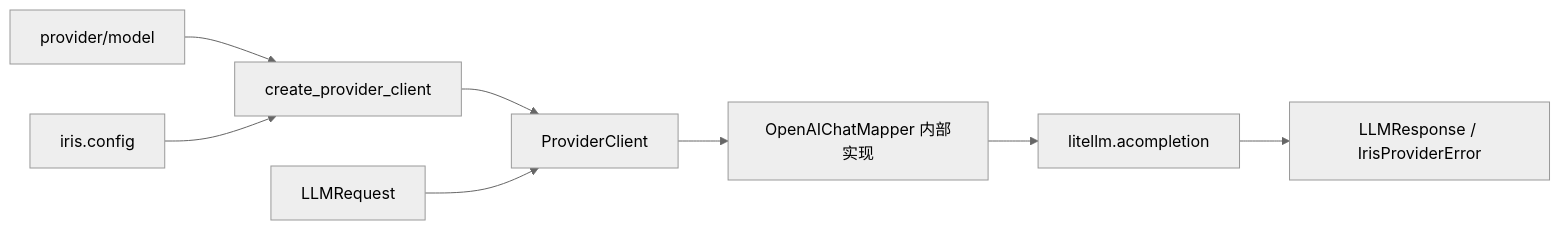
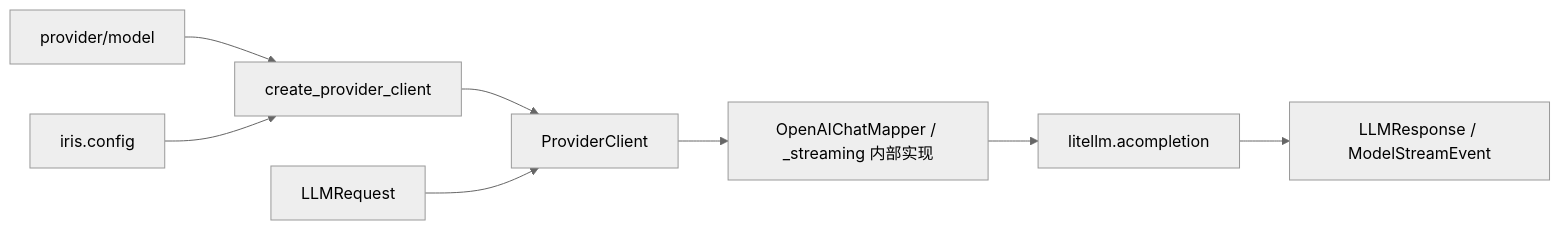
One commit to Tsubaki-01/Iris changed the diagram in src/iris/providers/README.md. Above: the diagram before and after it, drawn with Mermaid (neutral theme). The commit also changed other lines of this file and 11 other files, not shown here.

````diff
--- a/src/iris/providers/README.md
+++ b/src/iris/providers/README.md
@@ -34,10 +34,10 @@
 ```mermaid
 flowchart LR
     Route["provider/model"] --> Factory["create_provider_client"]
     Config["iris.config"] --> Factory
     Factory --> Client["ProviderClient"]
     Request["LLMRequest"] --> Client
-    Client --> Mapper["OpenAIChatMapper 内部实现"]
+    Client --> Mapper["OpenAIChatMapper / _streaming 内部实现"]
     Mapper --> LiteLLM["litellm.acompletion"]
-    LiteLLM --> Response["LLMResponse / IrisProviderError"]
+    LiteLLM --> Response["LLMResponse / ModelStreamEvent"]
 ```
````
